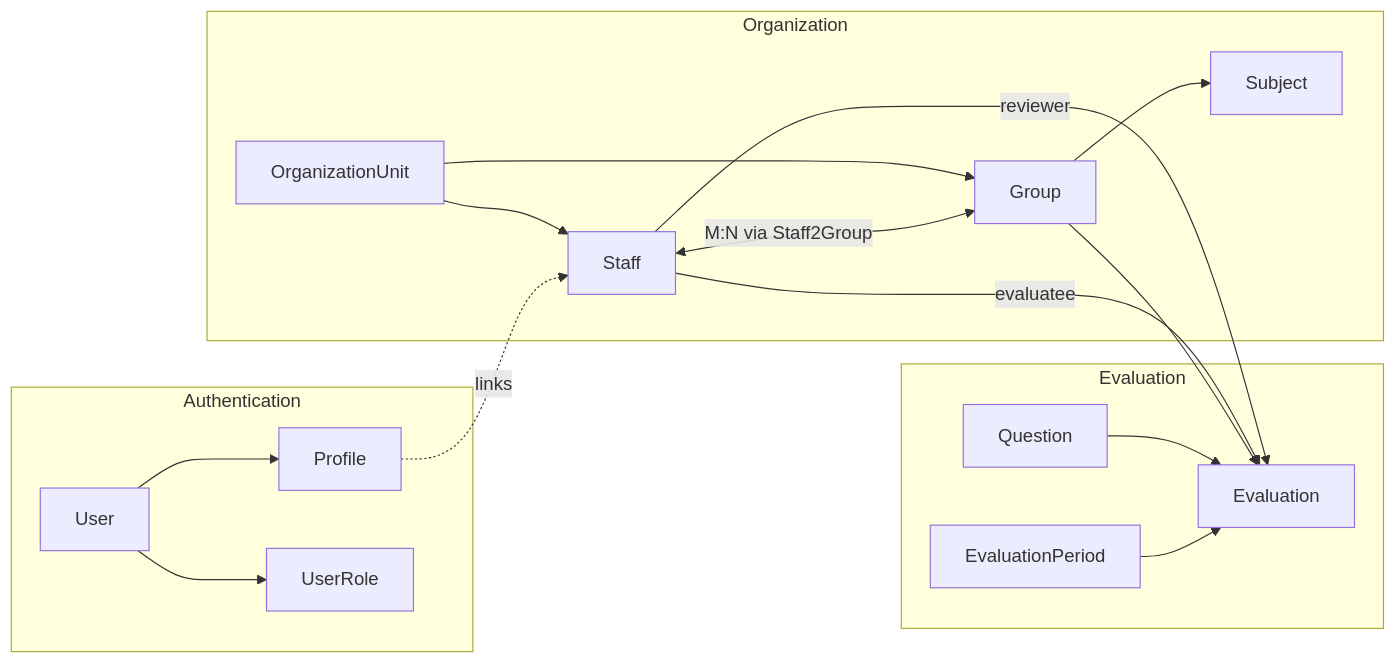
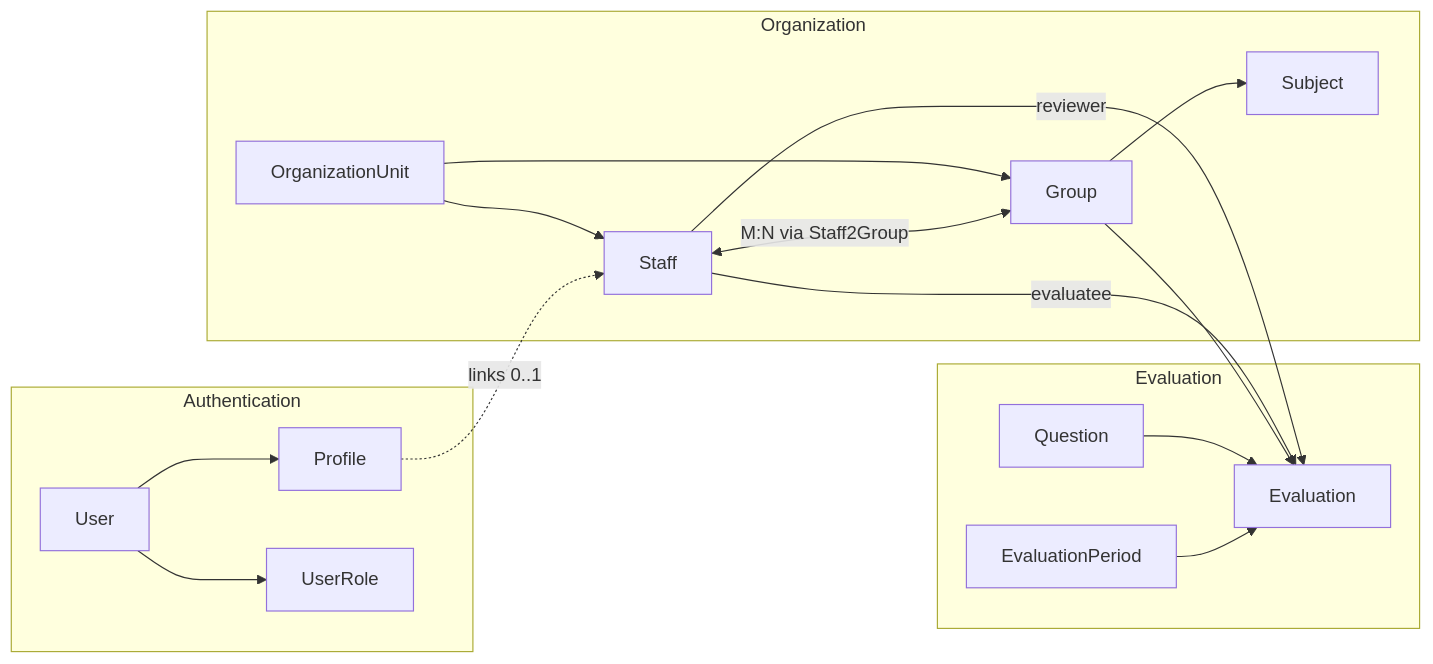
One commit to luanquangminh/GR changed the second of 2 diagrams in docs/erd.md. Above: the diagram before and after it, drawn with Mermaid. The commit also changed other lines of this file and 207 other files, not shown here.

````diff
--- a/docs/erd.md
+++ b/docs/erd.md
@@ -177,27 +196,27 @@
 ```mermaid
 flowchart LR
     subgraph Auth["Authentication"]
         U[User] --> P[Profile]
         U --> UR[UserRole]
     end
 
     subgraph Org["Organization"]
         OU[OrganizationUnit] --> S[Staff]
         OU --> G[Group]
         S <-->|M:N via Staff2Group| G
         G --> Sub[Subject]
     end
 
     subgraph Eval["Evaluation"]
         EP[EvaluationPeriod]
         Q[Question]
         E[Evaluation]
     end
 
-    P -.->|links| S
+    P -.->|links 0..1| S
     S -->|reviewer| E
     S -->|evaluatee| E
     G --> E
     Q --> E
     EP --> E
 ```
````
